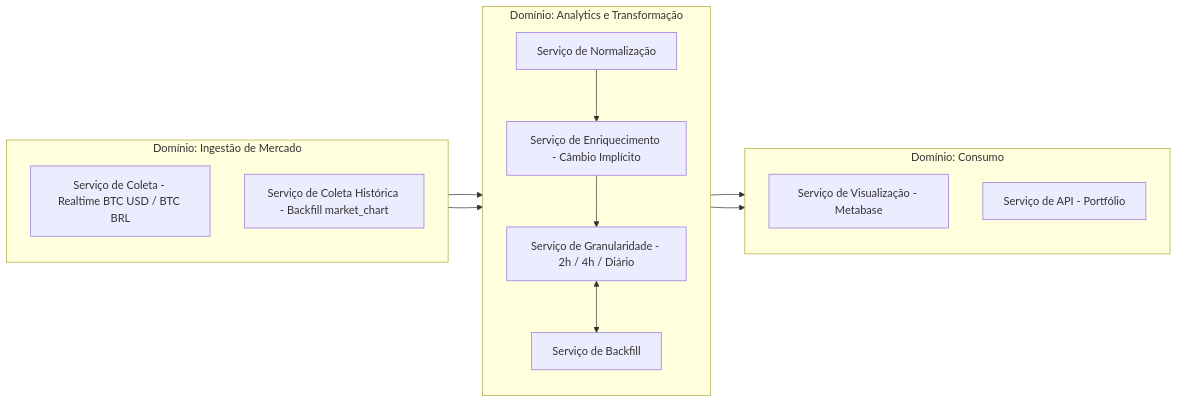
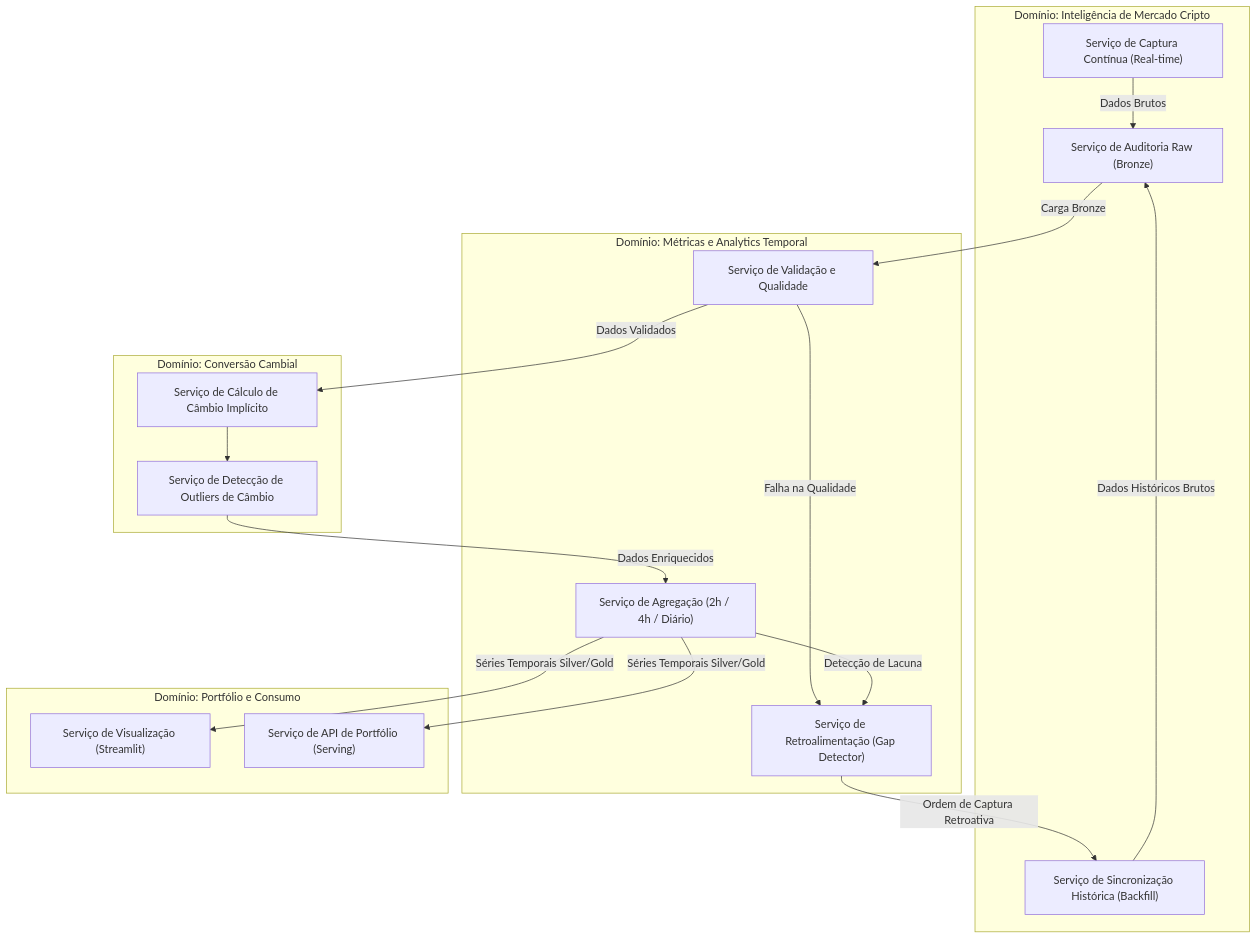
Before and after one commit to joaobizzo/btc-data-pipeline: the diagram in docs/03_dominios.md, drawn with Mermaid. The commit also changed other lines of this file and 41 other files, not shown here.

````diff
--- a/docs/03_dominios.md
+++ b/docs/03_dominios.md
@@ -53,36 +43,41 @@
 ```mermaid
-graph LR
-
-    subgraph DOM_INGESTAO ["Domínio: Ingestão de Mercado"]
-        direction TB
-        S1["Serviço de Coleta - Realtime BTC USD / BTC BRL"]
-        S2["Serviço de Coleta Histórica - Backfill market_chart"]
+graph TB
+    subgraph DOM_MARKET ["Domínio: Inteligência de Mercado Cripto"]
+        S1["Serviço de Captura Contínua (Real-time)"]
+        S2["Serviço de Sincronização Histórica (Backfill)"]
+        S3["Serviço de Auditoria Raw (Bronze)"]
     end
 
-    subgraph DOM_ANALYTICS ["Domínio: Analytics e Transformação"]
-        direction TB
-        T1["Serviço de Normalização"]
-        T2["Serviço de Enriquecimento - Câmbio Implícito"]
-        T3["Serviço de Granularidade - 2h / 4h / Diário"]
-        T4["Serviço de Backfill"]
+    subgraph DOM_FOREX ["Domínio: Conversão Cambial"]
+        F1["Serviço de Cálculo de Câmbio Implícito"]
+        F2["Serviço de Detecção de Outliers de Câmbio"]
     end
 
-    subgraph DOM_CONSUMO ["Domínio: Consumo"]
-        direction TB
-        C1["Serviço de Visualização - Metabase"]
-        C2["Serviço de API - Portfólio"]
+    subgraph DOM_ANALYTICS ["Domínio: Métricas e Analytics Temporal"]
+        T1["Serviço de Validação e Qualidade"]
+        T2["Serviço de Agregação (2h / 4h / Diário)"]
+        T3["Serviço de Retroalimentação (Gap Detector)"]
     end
 
-    %% Fluxo de Dados
-    S1 --> T1
-    S2 --> T1
+    subgraph DOM_CONSUMO ["Domínio: Portfólio e Consumo"]
+        C1["Serviço de Visualização (Streamlit)"]
+        C2["Serviço de API de Portfólio (Serving)"]
+    end
 
-    T1 --> T2
-    T2 --> T3
-
-    T3 <--> T4
-
-    T3 --> C1
-    T3 --> C2
-
+    %% Relações e Fluxos de Informação entre Domínios
+    S1 -->|Dados Brutos| S3
+    S2 -->|Dados Históricos Brutos| S3
+    
+    S3 -->|Carga Bronze| T1
+    T1 -->|Dados Validados| F1
+    T1 -->|Falha na Qualidade| T3
+    
+    F1 --> F2
+    F2 -->|Dados Enriquecidos| T2
+    
+    T2 -->|Séries Temporais Silver/Gold| C1
+    T2 -->|Séries Temporais Silver/Gold| C2
+    
+    T2 -->|Detecção de Lacuna| T3
+    T3 -->|Ordem de Captura Retroativa| S2
 ```
````
